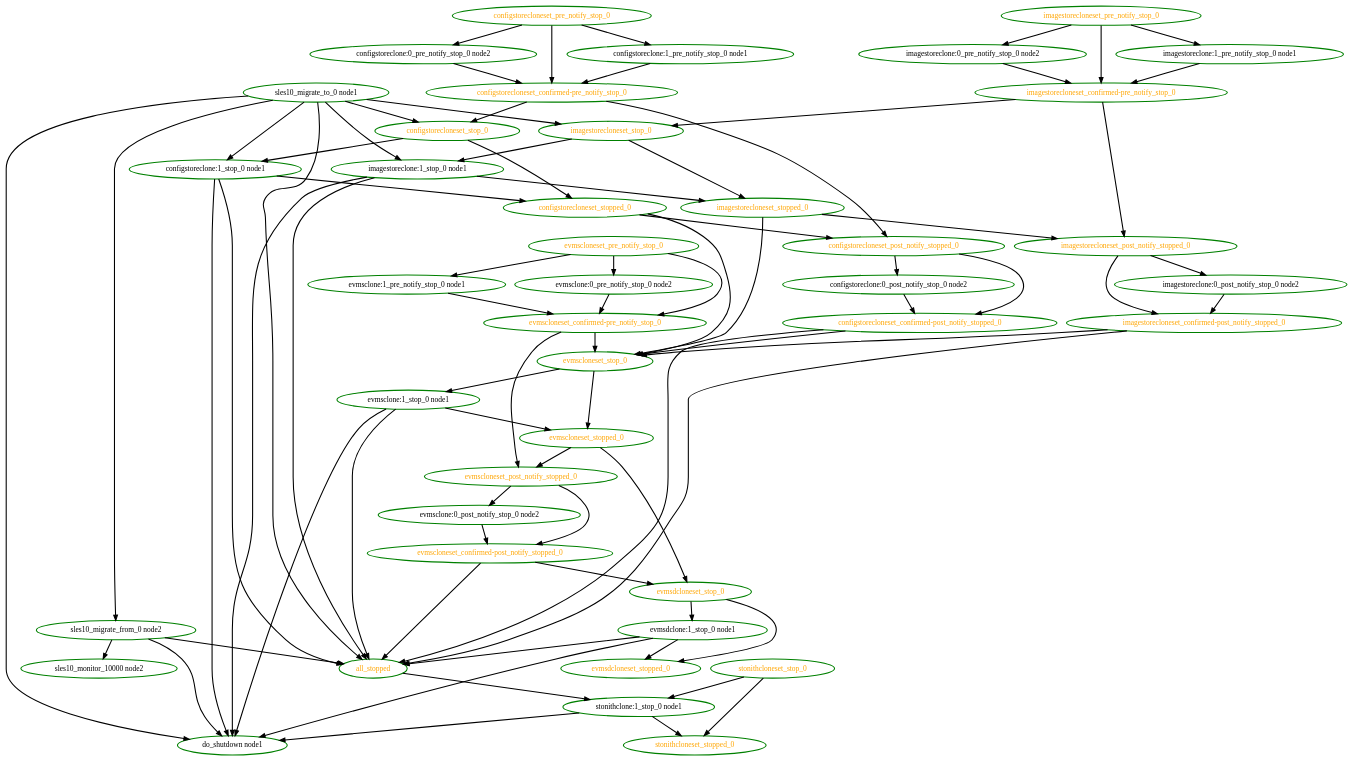
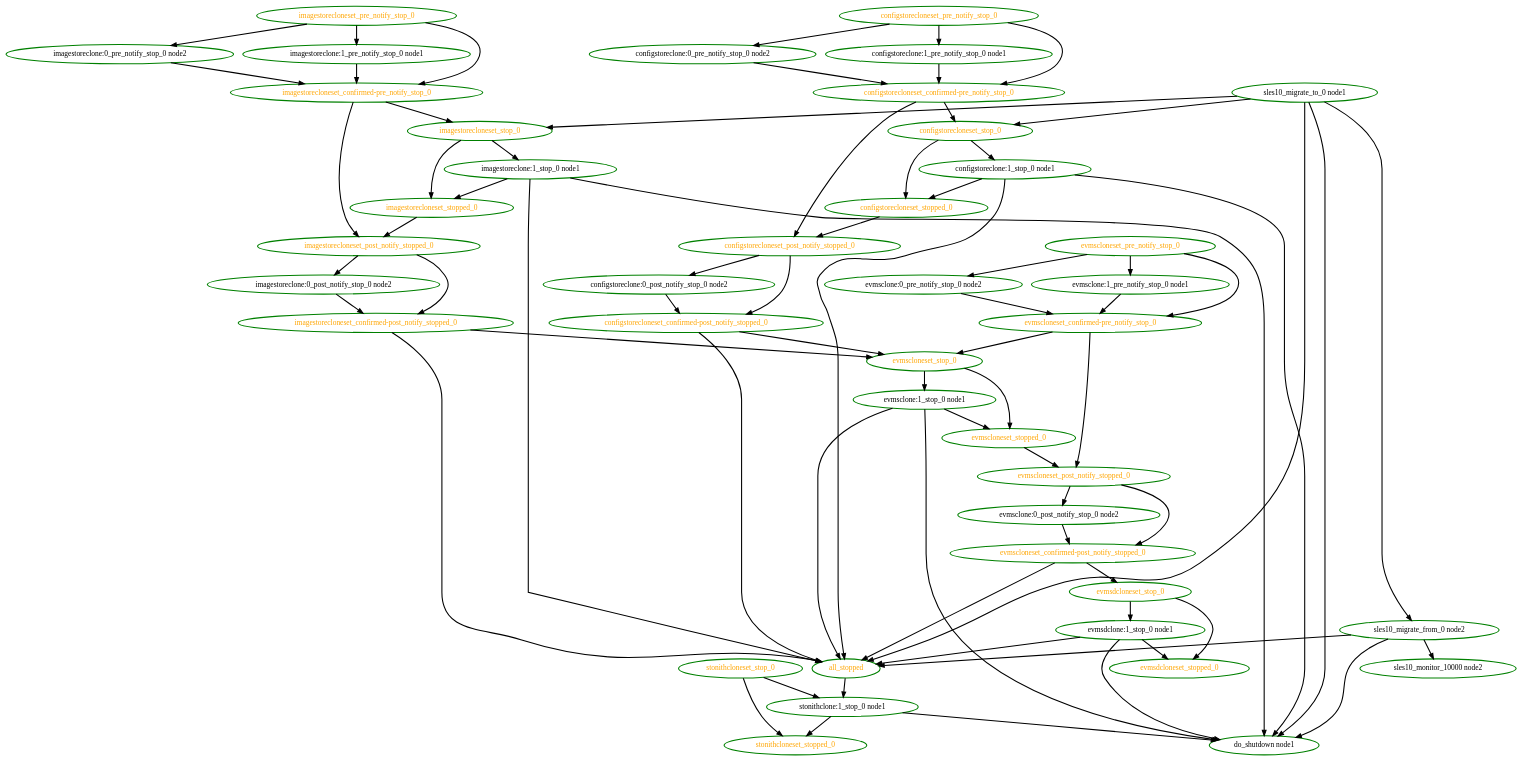
One commit to ClusterLabs/pacemaker changed the diagram in pengine/test10/novell-252693.dot. Above: the diagram before and after it, drawn with Graphviz. The commit also changed 115 other files, not shown here.

```diff
--- a/pengine/test10/novell-252693.dot
+++ b/pengine/test10/novell-252693.dot
@@ -1,120 +1,115 @@
  digraph "g" {
 "all_stopped" -> "stonithclone:1_stop_0 node1" [ style = bold]
 "all_stopped" [ style=bold color="green" fontcolor="orange"  ]
 "configstoreclone:0_post_notify_stop_0 node2" -> "configstorecloneset_confirmed-post_notify_stopped_0" [ style = bold]
 "configstoreclone:0_post_notify_stop_0 node2" [ style=bold color="green" fontcolor="black"  ]
 "configstoreclone:0_pre_notify_stop_0 node2" -> "configstorecloneset_confirmed-pre_notify_stop_0" [ style = bold]
 "configstoreclone:0_pre_notify_stop_0 node2" [ style=bold color="green" fontcolor="black"  ]
 "configstoreclone:1_pre_notify_stop_0 node1" -> "configstorecloneset_confirmed-pre_notify_stop_0" [ style = bold]
 "configstoreclone:1_pre_notify_stop_0 node1" [ style=bold color="green" fontcolor="black"  ]
 "configstoreclone:1_stop_0 node1" -> "all_stopped" [ style = bold]
 "configstoreclone:1_stop_0 node1" -> "configstorecloneset_stopped_0" [ style = bold]
 "configstoreclone:1_stop_0 node1" -> "do_shutdown node1" [ style = bold]
 "configstoreclone:1_stop_0 node1" [ style=bold color="green" fontcolor="black"  ]
 "configstorecloneset_confirmed-post_notify_stopped_0" -> "all_stopped" [ style = bold]
 "configstorecloneset_confirmed-post_notify_stopped_0" -> "evmscloneset_stop_0" [ style = bold]
 "configstorecloneset_confirmed-post_notify_stopped_0" [ style=bold color="green" fontcolor="orange"  ]
 "configstorecloneset_confirmed-pre_notify_stop_0" -> "configstorecloneset_post_notify_stopped_0" [ style = bold]
 "configstorecloneset_confirmed-pre_notify_stop_0" -> "configstorecloneset_stop_0" [ style = bold]
 "configstorecloneset_confirmed-pre_notify_stop_0" [ style=bold color="green" fontcolor="orange"  ]
 "configstorecloneset_post_notify_stopped_0" -> "configstoreclone:0_post_notify_stop_0 node2" [ style = bold]
 "configstorecloneset_post_notify_stopped_0" -> "configstorecloneset_confirmed-post_notify_stopped_0" [ style = bold]
 "configstorecloneset_post_notify_stopped_0" [ style=bold color="green" fontcolor="orange"  ]
 "configstorecloneset_pre_notify_stop_0" -> "configstoreclone:0_pre_notify_stop_0 node2" [ style = bold]
 "configstorecloneset_pre_notify_stop_0" -> "configstoreclone:1_pre_notify_stop_0 node1" [ style = bold]
 "configstorecloneset_pre_notify_stop_0" -> "configstorecloneset_confirmed-pre_notify_stop_0" [ style = bold]
 "configstorecloneset_pre_notify_stop_0" [ style=bold color="green" fontcolor="orange"  ]
 "configstorecloneset_stop_0" -> "configstoreclone:1_stop_0 node1" [ style = bold]
 "configstorecloneset_stop_0" -> "configstorecloneset_stopped_0" [ style = bold]
 "configstorecloneset_stop_0" [ style=bold color="green" fontcolor="orange"  ]
 "configstorecloneset_stopped_0" -> "configstorecloneset_post_notify_stopped_0" [ style = bold]
-"configstorecloneset_stopped_0" -> "evmscloneset_stop_0" [ style = bold]
 "configstorecloneset_stopped_0" [ style=bold color="green" fontcolor="orange"  ]
 "do_shutdown node1" [ style=bold color="green" fontcolor="black"  ]
 "evmsclone:0_post_notify_stop_0 node2" -> "evmscloneset_confirmed-post_notify_stopped_0" [ style = bold]
 "evmsclone:0_post_notify_stop_0 node2" [ style=bold color="green" fontcolor="black"  ]
 "evmsclone:0_pre_notify_stop_0 node2" -> "evmscloneset_confirmed-pre_notify_stop_0" [ style = bold]
 "evmsclone:0_pre_notify_stop_0 node2" [ style=bold color="green" fontcolor="black"  ]
 "evmsclone:1_pre_notify_stop_0 node1" -> "evmscloneset_confirmed-pre_notify_stop_0" [ style = bold]
 "evmsclone:1_pre_notify_stop_0 node1" [ style=bold color="green" fontcolor="black"  ]
 "evmsclone:1_stop_0 node1" -> "all_stopped" [ style = bold]
 "evmsclone:1_stop_0 node1" -> "do_shutdown node1" [ style = bold]
 "evmsclone:1_stop_0 node1" -> "evmscloneset_stopped_0" [ style = bold]
 "evmsclone:1_stop_0 node1" [ style=bold color="green" fontcolor="black"  ]
 "evmscloneset_confirmed-post_notify_stopped_0" -> "all_stopped" [ style = bold]
 "evmscloneset_confirmed-post_notify_stopped_0" -> "evmsdcloneset_stop_0" [ style = bold]
 "evmscloneset_confirmed-post_notify_stopped_0" [ style=bold color="green" fontcolor="orange"  ]
 "evmscloneset_confirmed-pre_notify_stop_0" -> "evmscloneset_post_notify_stopped_0" [ style = bold]
 "evmscloneset_confirmed-pre_notify_stop_0" -> "evmscloneset_stop_0" [ style = bold]
 "evmscloneset_confirmed-pre_notify_stop_0" [ style=bold color="green" fontcolor="orange"  ]
 "evmscloneset_post_notify_stopped_0" -> "evmsclone:0_post_notify_stop_0 node2" [ style = bold]
 "evmscloneset_post_notify_stopped_0" -> "evmscloneset_confirmed-post_notify_stopped_0" [ style = bold]
 "evmscloneset_post_notify_stopped_0" [ style=bold color="green" fontcolor="orange"  ]
 "evmscloneset_pre_notify_stop_0" -> "evmsclone:0_pre_notify_stop_0 node2" [ style = bold]
 "evmscloneset_pre_notify_stop_0" -> "evmsclone:1_pre_notify_stop_0 node1" [ style = bold]
 "evmscloneset_pre_notify_stop_0" -> "evmscloneset_confirmed-pre_notify_stop_0" [ style = bold]
 "evmscloneset_pre_notify_stop_0" [ style=bold color="green" fontcolor="orange"  ]
 "evmscloneset_stop_0" -> "evmsclone:1_stop_0 node1" [ style = bold]
 "evmscloneset_stop_0" -> "evmscloneset_stopped_0" [ style = bold]
 "evmscloneset_stop_0" [ style=bold color="green" fontcolor="orange"  ]
 "evmscloneset_stopped_0" -> "evmscloneset_post_notify_stopped_0" [ style = bold]
-"evmscloneset_stopped_0" -> "evmsdcloneset_stop_0" [ style = bold]
 "evmscloneset_stopped_0" [ style=bold color="green" fontcolor="orange"  ]
 "evmsdclone:1_stop_0 node1" -> "all_stopped" [ style = bold]
 "evmsdclone:1_stop_0 node1" -> "do_shutdown node1" [ style = bold]
 "evmsdclone:1_stop_0 node1" -> "evmsdcloneset_stopped_0" [ style = bold]
 "evmsdclone:1_stop_0 node1" [ style=bold color="green" fontcolor="black"  ]
 "evmsdcloneset_stop_0" -> "evmsdclone:1_stop_0 node1" [ style = bold]
 "evmsdcloneset_stop_0" -> "evmsdcloneset_stopped_0" [ style = bold]
 "evmsdcloneset_stop_0" [ style=bold color="green" fontcolor="orange"  ]
 "evmsdcloneset_stopped_0" [ style=bold color="green" fontcolor="orange"  ]
 "imagestoreclone:0_post_notify_stop_0 node2" -> "imagestorecloneset_confirmed-post_notify_stopped_0" [ style = bold]
 "imagestoreclone:0_post_notify_stop_0 node2" [ style=bold color="green" fontcolor="black"  ]
 "imagestoreclone:0_pre_notify_stop_0 node2" -> "imagestorecloneset_confirmed-pre_notify_stop_0" [ style = bold]
 "imagestoreclone:0_pre_notify_stop_0 node2" [ style=bold color="green" fontcolor="black"  ]
 "imagestoreclone:1_pre_notify_stop_0 node1" -> "imagestorecloneset_confirmed-pre_notify_stop_0" [ style = bold]
 "imagestoreclone:1_pre_notify_stop_0 node1" [ style=bold color="green" fontcolor="black"  ]
 "imagestoreclone:1_stop_0 node1" -> "all_stopped" [ style = bold]
 "imagestoreclone:1_stop_0 node1" -> "do_shutdown node1" [ style = bold]
 "imagestoreclone:1_stop_0 node1" -> "imagestorecloneset_stopped_0" [ style = bold]
 "imagestoreclone:1_stop_0 node1" [ style=bold color="green" fontcolor="black"  ]
 "imagestorecloneset_confirmed-post_notify_stopped_0" -> "all_stopped" [ style = bold]
 "imagestorecloneset_confirmed-post_notify_stopped_0" -> "evmscloneset_stop_0" [ style = bold]
 "imagestorecloneset_confirmed-post_notify_stopped_0" [ style=bold color="green" fontcolor="orange"  ]
 "imagestorecloneset_confirmed-pre_notify_stop_0" -> "imagestorecloneset_post_notify_stopped_0" [ style = bold]
 "imagestorecloneset_confirmed-pre_notify_stop_0" -> "imagestorecloneset_stop_0" [ style = bold]
 "imagestorecloneset_confirmed-pre_notify_stop_0" [ style=bold color="green" fontcolor="orange"  ]
 "imagestorecloneset_post_notify_stopped_0" -> "imagestoreclone:0_post_notify_stop_0 node2" [ style = bold]
 "imagestorecloneset_post_notify_stopped_0" -> "imagestorecloneset_confirmed-post_notify_stopped_0" [ style = bold]
 "imagestorecloneset_post_notify_stopped_0" [ style=bold color="green" fontcolor="orange"  ]
 "imagestorecloneset_pre_notify_stop_0" -> "imagestoreclone:0_pre_notify_stop_0 node2" [ style = bold]
 "imagestorecloneset_pre_notify_stop_0" -> "imagestoreclone:1_pre_notify_stop_0 node1" [ style = bold]
 "imagestorecloneset_pre_notify_stop_0" -> "imagestorecloneset_confirmed-pre_notify_stop_0" [ style = bold]
 "imagestorecloneset_pre_notify_stop_0" [ style=bold color="green" fontcolor="orange"  ]
 "imagestorecloneset_stop_0" -> "imagestoreclone:1_stop_0 node1" [ style = bold]
 "imagestorecloneset_stop_0" -> "imagestorecloneset_stopped_0" [ style = bold]
 "imagestorecloneset_stop_0" [ style=bold color="green" fontcolor="orange"  ]
-"imagestorecloneset_stopped_0" -> "evmscloneset_stop_0" [ style = bold]
 "imagestorecloneset_stopped_0" -> "imagestorecloneset_post_notify_stopped_0" [ style = bold]
 "imagestorecloneset_stopped_0" [ style=bold color="green" fontcolor="orange"  ]
 "sles10_migrate_from_0 node2" -> "all_stopped" [ style = bold]
 "sles10_migrate_from_0 node2" -> "do_shutdown node1" [ style = bold]
 "sles10_migrate_from_0 node2" -> "sles10_monitor_10000 node2" [ style = bold]
 "sles10_migrate_from_0 node2" [ style=bold color="green" fontcolor="black"  ]
 "sles10_migrate_to_0 node1" -> "all_stopped" [ style = bold]
-"sles10_migrate_to_0 node1" -> "configstoreclone:1_stop_0 node1" [ style = bold]
 "sles10_migrate_to_0 node1" -> "configstorecloneset_stop_0" [ style = bold]
 "sles10_migrate_to_0 node1" -> "do_shutdown node1" [ style = bold]
-"sles10_migrate_to_0 node1" -> "imagestoreclone:1_stop_0 node1" [ style = bold]
 "sles10_migrate_to_0 node1" -> "imagestorecloneset_stop_0" [ style = bold]
 "sles10_migrate_to_0 node1" -> "sles10_migrate_from_0 node2" [ style = bold]
 "sles10_migrate_to_0 node1" [ style=bold color="green" fontcolor="black"  ]
 "sles10_monitor_10000 node2" [ style=bold color="green" fontcolor="black"  ]
 "stonithclone:1_stop_0 node1" -> "do_shutdown node1" [ style = bold]
 "stonithclone:1_stop_0 node1" -> "stonithcloneset_stopped_0" [ style = bold]
 "stonithclone:1_stop_0 node1" [ style=bold color="green" fontcolor="black"  ]
 "stonithcloneset_stop_0" -> "stonithclone:1_stop_0 node1" [ style = bold]
 "stonithcloneset_stop_0" -> "stonithcloneset_stopped_0" [ style = bold]
 "stonithcloneset_stop_0" [ style=bold color="green" fontcolor="orange"  ]
 "stonithcloneset_stopped_0" [ style=bold color="green" fontcolor="orange"  ]
 }
```
